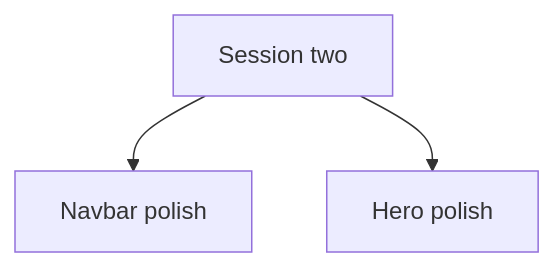
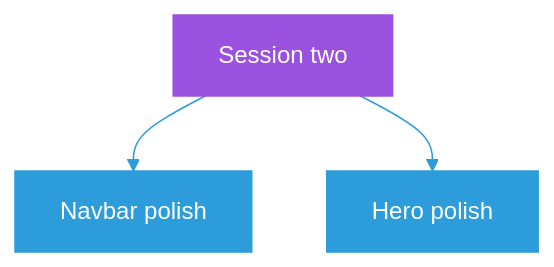
One commit to 444Nazky/My-Vault changed the fifth of 13 diagrams in Graphs/Dev-Tasks-Diagrams.md. Above: the diagram before and after it, drawn with Mermaid. The commit also changed other lines of this file and 15 other files, not shown here.

````diff
--- a/Graphs/Dev-Tasks-Diagrams.md
+++ b/Graphs/Dev-Tasks-Diagrams.md
@@ -57,5 +81,9 @@
 ```mermaid
+%%{init: {'theme': 'default', 'themeVariables': { 'primaryColor': '#2D9CDB', 'lineColor': '#2D9CDB'}}}%%
 graph TD
  S2["Session two"] --> NAV2["Navbar polish"]
  S2 --> HERO2["Hero polish"]
+ style S2 fill:#9B51E0,stroke:#9B51E0,color:#fff
+ style NAV2 fill:#2D9CDB,stroke:#2D9CDB,color:#fff
+ style HERO2 fill:#2D9CDB,stroke:#2D9CDB,color:#fff
 ```
````
